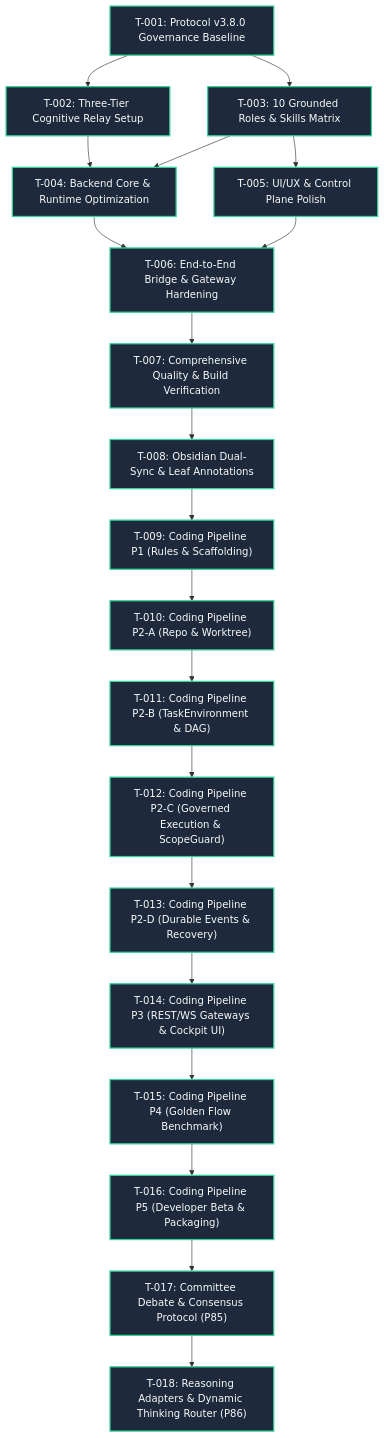
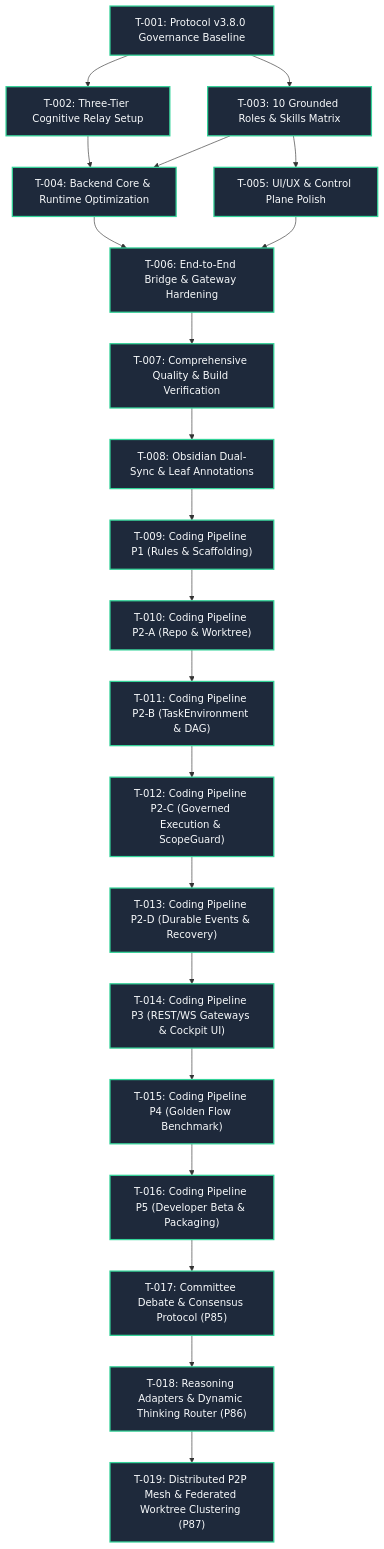
The diagram in docs/obsidian/05 Task Status & Multi-Agent Execution DAG.md (OPluke11-abula/LLM-Agent-System), drawn with Mermaid before and after one commit. The commit also changed other lines of this file and 17 other files, not shown here.

Commit message:
feat(mesh): implement distributed p2p mesh and federated worktree clustering (p87)

````diff
--- a/docs/obsidian/05 Task Status & Multi-Agent Execution DAG.md
+++ b/docs/obsidian/05 Task Status & Multi-Agent Execution DAG.md
@@ -24,44 +24,46 @@
 ```mermaid
 graph TD
     classDef done fill:#1e293b,stroke:#34d399,stroke-width:2px,color:#f8fafc;
     classDef todo fill:#1e293b,stroke:#f59e0b,stroke-width:2px,color:#f8fafc;
 
     T01["T-001: Protocol v3.8.0 Governance Baseline"]:::done
     T02["T-002: Three-Tier Cognitive Relay Setup"]:::done
     T03["T-003: 10 Grounded Roles & Skills Matrix"]:::done
     T04["T-004: Backend Core & Runtime Optimization"]:::done
     T05["T-005: UI/UX & Control Plane Polish"]:::done
     T06["T-006: End-to-End Bridge & Gateway Hardening"]:::done
     T07["T-007: Comprehensive Quality & Build Verification"]:::done
     T08["T-008: Obsidian Dual-Sync & Leaf Annotations"]:::done
     T09["T-009: Coding Pipeline P1 (Rules & Scaffolding)"]:::done
     T10["T-010: Coding Pipeline P2-A (Repo & Worktree)"]:::done
     T11["T-011: Coding Pipeline P2-B (TaskEnvironment & DAG)"]:::done
     T12["T-012: Coding Pipeline P2-C (Governed Execution & ScopeGuard)"]:::done
     T13["T-013: Coding Pipeline P2-D (Durable Events & Recovery)"]:::done
     T14["T-014: Coding Pipeline P3 (REST/WS Gateways & Cockpit UI)"]:::done
     T15["T-015: Coding Pipeline P4 (Golden Flow Benchmark)"]:::done
     T16["T-016: Coding Pipeline P5 (Developer Beta & Packaging)"]:::done
     T17["T-017: Committee Debate & Consensus Protocol (P85)"]:::done
     T18["T-018: Reasoning Adapters & Dynamic Thinking Router (P86)"]:::done
+    T19["T-019: Distributed P2P Mesh & Federated Worktree Clustering (P87)"]:::done
 
     T01 --> T02
     T01 --> T03
     T02 --> T04
     T03 --> T04
     T03 --> T05
     T04 --> T06
     T05 --> T06
     T06 --> T07
     T07 --> T08
     T08 --> T09
     T09 --> T10
     T10 --> T11
     T11 --> T12
     T12 --> T13
     T13 --> T14
     T14 --> T15
     T15 --> T16
     T16 --> T17
     T17 --> T18
+    T18 --> T19
 ```
````
